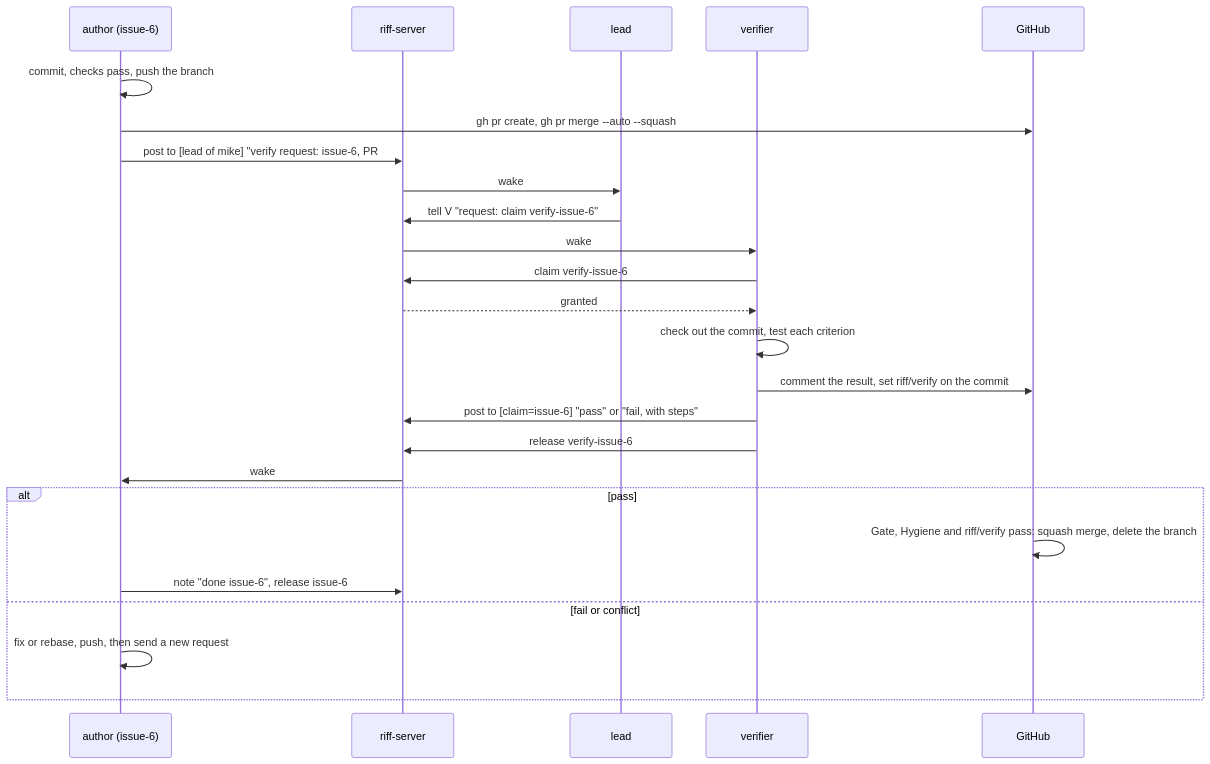
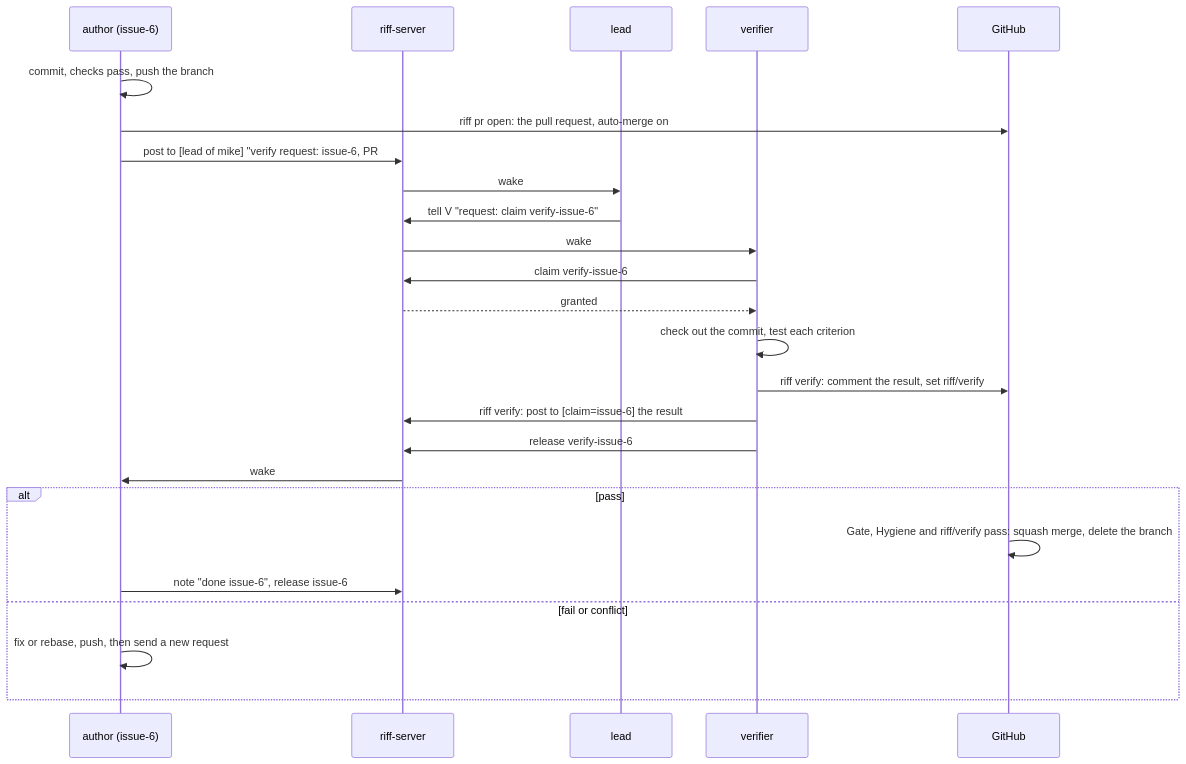
Diagram 16 of 34 in docs/src/how-it-works.md (como-technologies/riff), drawn with Mermaid before and after one commit. The commit also changed other lines of this file and 15 other files, not shown here.

First line of the commit message:
One riff command for each step of a pull request: riff pr open, riff pr wait, riff verify (#219)

````diff
--- a/docs/src/how-it-works.md
+++ b/docs/src/how-it-works.md
@@ -807,27 +807,27 @@
 ```mermaid
 sequenceDiagram
     participant A as author (issue-6)
     participant E as riff-server
     participant L as lead
     participant V as verifier
     participant G as GitHub
     A->>A: commit, checks pass, push the branch
-    A->>G: gh pr create, gh pr merge --auto --squash
+    A->>G: riff pr open: the pull request, auto-merge on
     A->>E: post to [lead of mike] "verify request: issue-6, PR #40, commit"
     E->>L: wake
     L->>E: tell V "request: claim verify-issue-6"
     E->>V: wake
     V->>E: claim verify-issue-6
     E-->>V: granted
     V->>V: check out the commit, test each criterion
-    V->>G: comment the result, set riff/verify on the commit
-    V->>E: post to [claim=issue-6] "pass" or "fail, with steps"
+    V->>G: riff verify: comment the result, set riff/verify
+    V->>E: riff verify: post to [claim=issue-6] the result
     V->>E: release verify-issue-6
     E->>A: wake
     alt pass
         G->>G: Gate, Hygiene and riff/verify pass: squash merge, delete the branch
         A->>E: note "done issue-6", release issue-6
     else fail or conflict
         A->>A: fix or rebase, push, then send a new request
     end
 ```
````
